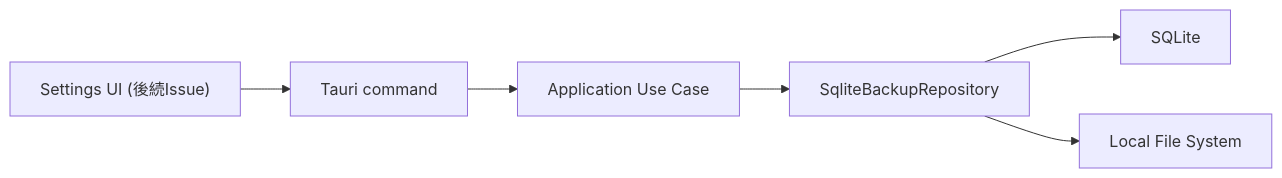
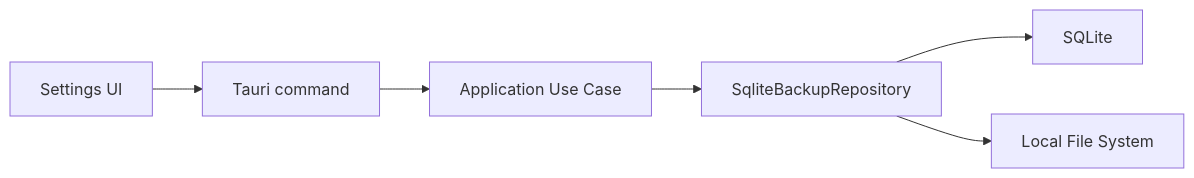
The third of 3 diagrams in docs/data-backup-export.md (yt-hsgw/TaskTimer), drawn with Mermaid before and after one commit. The commit also changed other lines of this file and 13 other files, not shown here.

````diff
--- a/docs/data-backup-export.md
+++ b/docs/data-backup-export.md
@@ -189,8 +189,8 @@
 ```mermaid
 flowchart LR
-  UI["Settings UI (後続Issue)"] --> CMD["Tauri command"]
+  UI["Settings UI"] --> CMD["Tauri command"]
   CMD --> UC["Application Use Case"]
   UC --> REPO["SqliteBackupRepository"]
   REPO --> DB["SQLite"]
   REPO --> FS["Local File System"]
 ```
````
